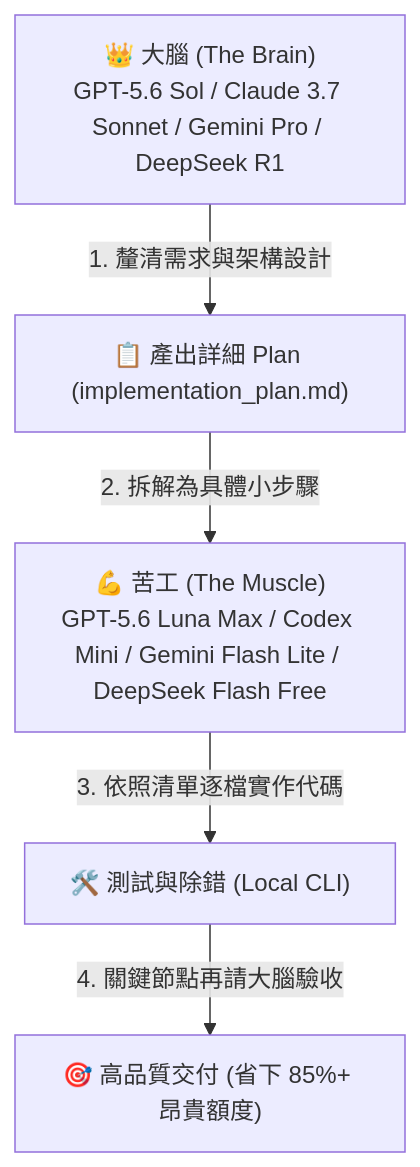
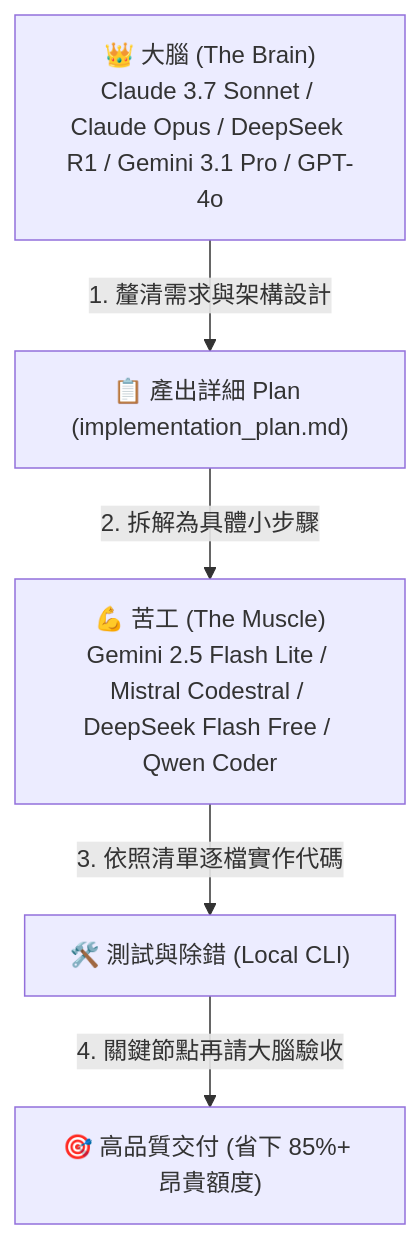
The diagram in docs/vibe-coding-guide.md (xup61069/HakkaAICODE), drawn with Mermaid before and after one commit. The commit also changed other lines of this file and 11 other files, not shown here.

````diff
--- a/docs/vibe-coding-guide.md
+++ b/docs/vibe-coding-guide.md
@@ -28,7 +28,7 @@
 ```mermaid
 flowchart TD
-    A["👑 大腦 (The Brain)<br>GPT-5.6 Sol / Claude 3.7 Sonnet / Gemini Pro / DeepSeek R1"] -->|1. 釐清需求與架構設計| B["📋 產出詳細 Plan (implementation_plan.md)"]
-    B -->|2. 拆解為具體小步驟| C["💪 苦工 (The Muscle)<br>GPT-5.6 Luna Max / Codex Mini / Gemini Flash Lite / DeepSeek Flash Free"]
+    A["👑 大腦 (The Brain)<br>Claude 3.7 Sonnet / Claude Opus / DeepSeek R1 / Gemini 3.1 Pro / GPT-4o"] -->|1. 釐清需求與架構設計| B["📋 產出詳細 Plan (implementation_plan.md)"]
+    B -->|2. 拆解為具體小步驟| C["💪 苦工 (The Muscle)<br>Gemini 2.5 Flash Lite / Mistral Codestral / DeepSeek Flash Free / Qwen Coder"]
     C -->|3. 依照清單逐檔實作代碼| D["🛠️ 測試與除錯 (Local CLI)"]
     D -->|4. 關鍵節點再請大腦驗收| E["🎯 高品質交付 (省下 85%+ 昂貴額度)"]
 ```
````
